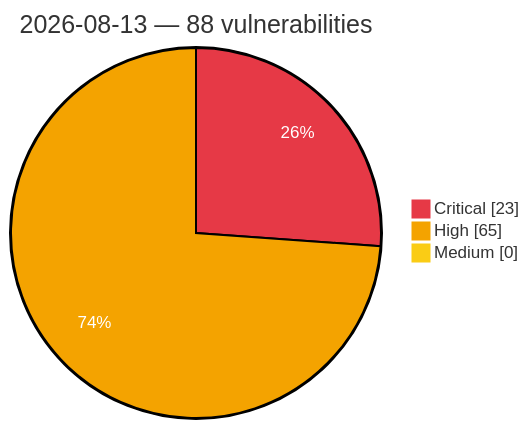
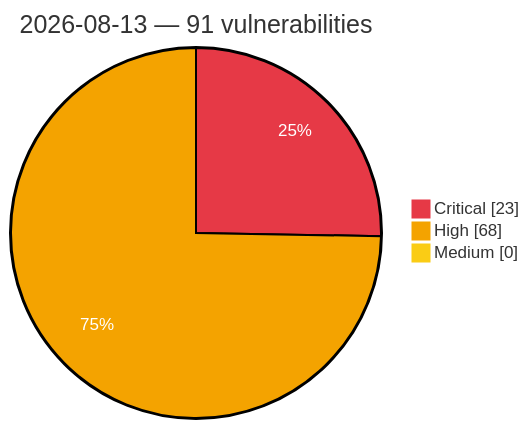
Before and after one commit to GhostX0X/vuln-tracker: the diagram in vulnerabilities/2026/August/2026-08-13.md, drawn with Mermaid. The commit also changed other lines of this file and 5 other files, not shown here.

````diff
--- a/vulnerabilities/2026/August/2026-08-13.md
+++ b/vulnerabilities/2026/August/2026-08-13.md
@@ -3,8 +3,8 @@
 ```mermaid
 %%{init: {'theme':'base', 'themeVariables': {'pie1':'#e63946', 'pie2':'#f4a300', 'pie3':'#facc15', 'pieOpacity':'1', 'pieOuterStrokeWidth':'2px', 'pieSectionTextColor':'#ffffff'}}}%%
 pie showData
-    title 2026-08-13 — 88 vulnerabilities
+    title 2026-08-13 — 91 vulnerabilities
     "Critical" : 23
-    "High" : 65
+    "High" : 68
     "Medium" : 0
 ```
````
